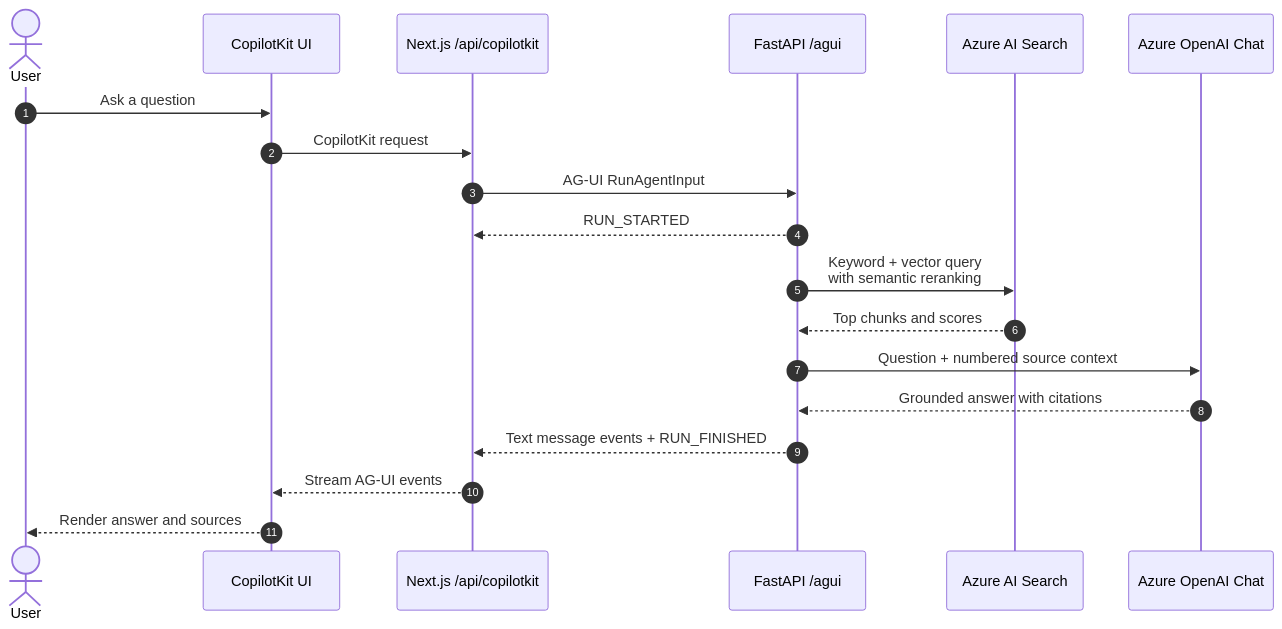
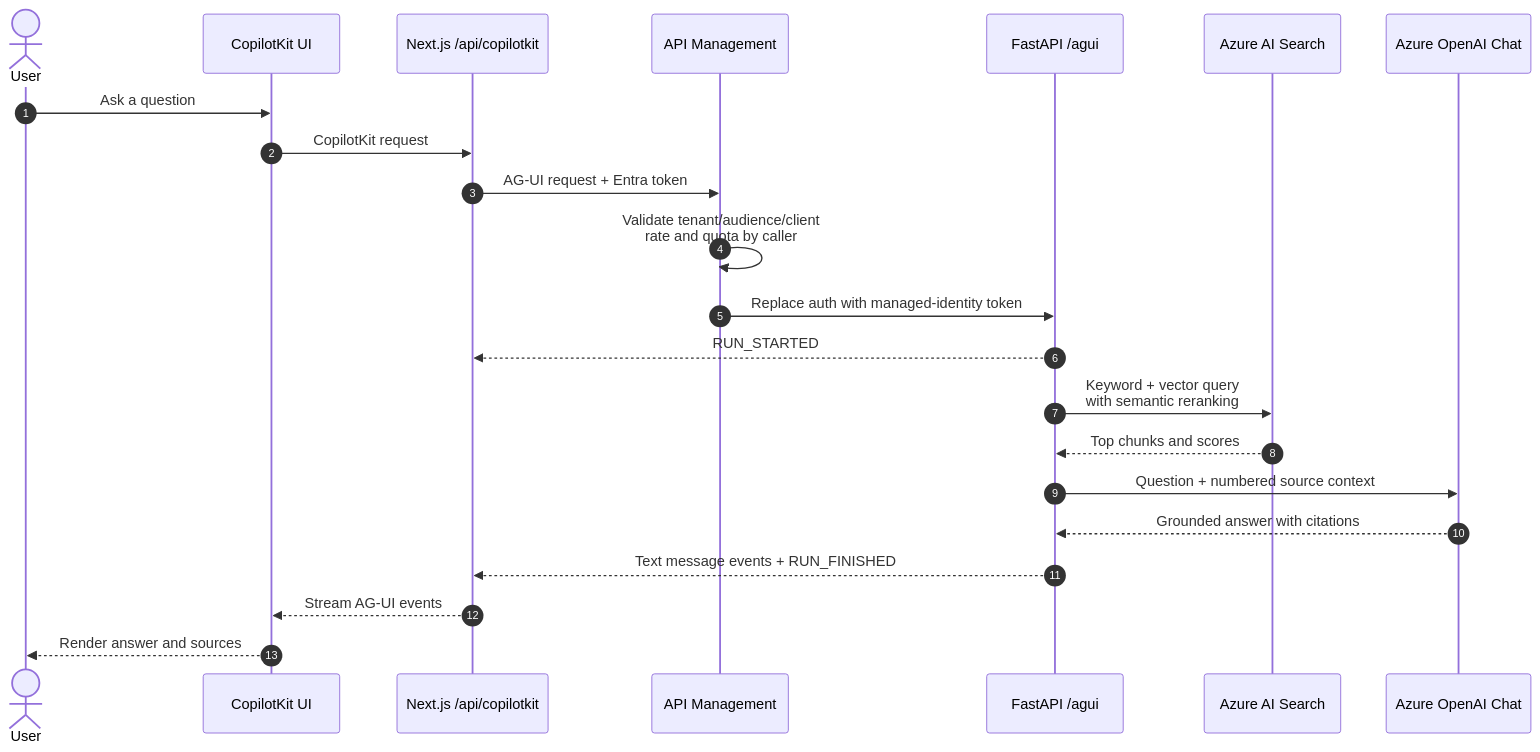
The third of 3 diagrams in README.md (KostasCherv/azure-rag-system), drawn with Mermaid before and after one commit. The commit also changed other lines of this file and 3 other files, not shown here.

````diff
--- a/README.md
+++ b/README.md
@@ -68,22 +70,25 @@
 ```mermaid
 sequenceDiagram
     autonumber
     actor User
     participant UI as CopilotKit UI
     participant Runtime as Next.js /api/copilotkit
+    participant APIM as API Management
     participant API as FastAPI /agui
     participant Search as Azure AI Search
     participant AOAI as Azure OpenAI Chat
 
     User->>UI: Ask a question
     UI->>Runtime: CopilotKit request
-    Runtime->>API: AG-UI RunAgentInput
+    Runtime->>APIM: AG-UI request + Entra token
+    APIM->>APIM: Validate tenant/audience/client<br/>rate and quota by caller
+    APIM->>API: Replace auth with managed-identity token
     API-->>Runtime: RUN_STARTED
     API->>Search: Keyword + vector query<br/>with semantic reranking
     Search-->>API: Top chunks and scores
     API->>AOAI: Question + numbered source context
     AOAI-->>API: Grounded answer with citations
     API-->>Runtime: Text message events + RUN_FINISHED
     Runtime-->>UI: Stream AG-UI events
     UI-->>User: Render answer and sources
 ```
````
